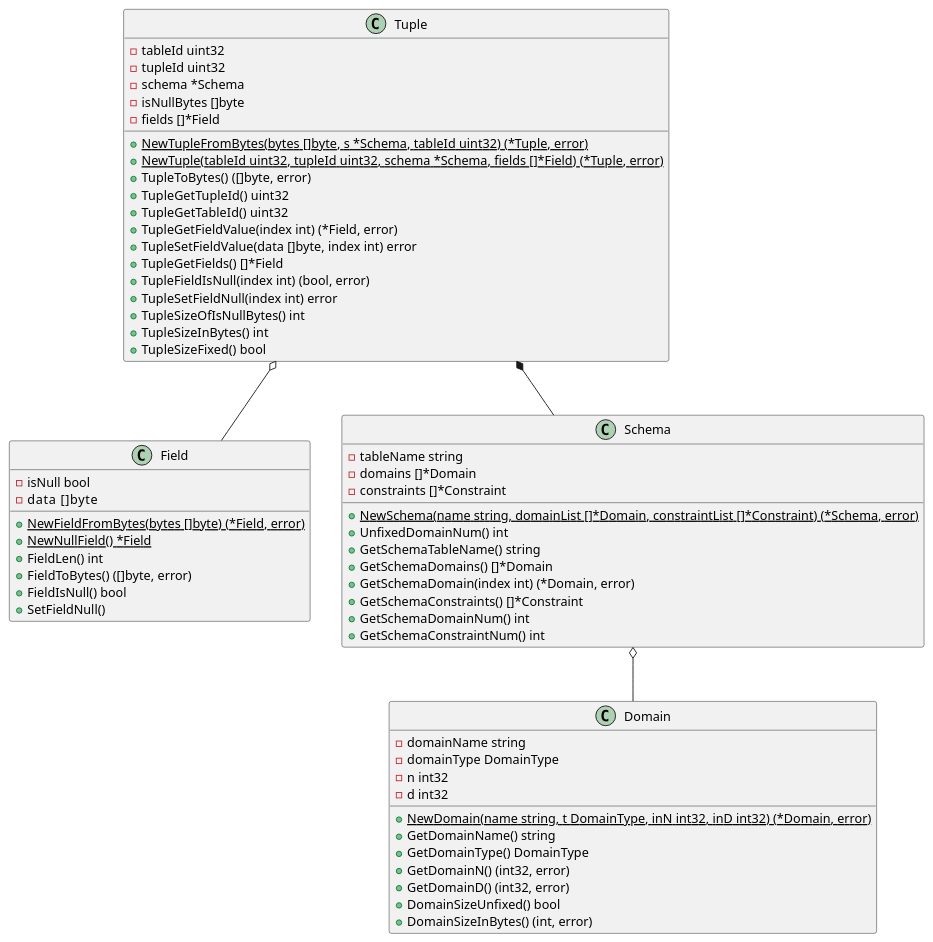
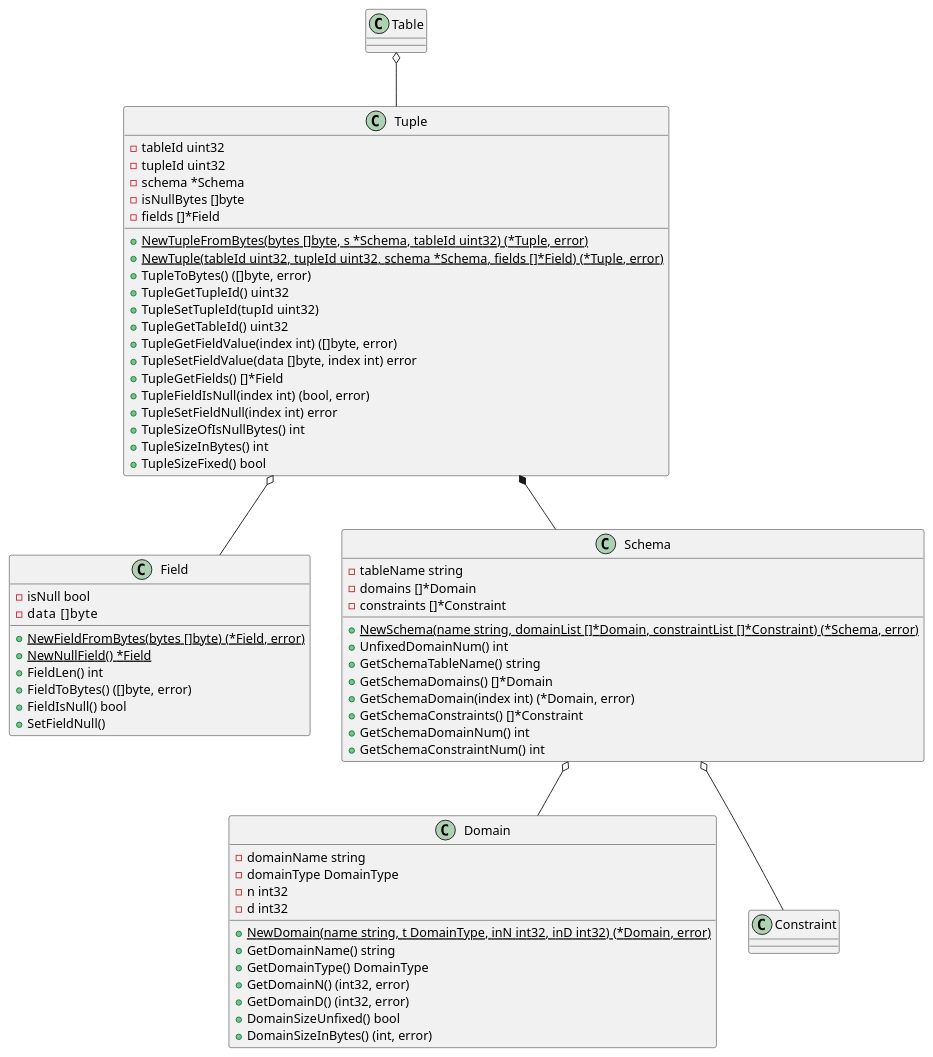
Before and after one commit to JorryJoestar/ZetaDB: the diagram in UML/container.wsd, drawn with PlantUML. The commit also changed 1 other file, not shown here.

```diff
--- a/UML/container.wsd
+++ b/UML/container.wsd
@@ -1,71 +1,82 @@
 @startuml
 
 class Field{
     -isNull bool
 	-data   []byte
     
     +{static} NewFieldFromBytes(bytes []byte) (*Field, error)
     +{static} NewNullField() *Field
     +FieldLen() int
     +FieldToBytes() ([]byte, error)
     +FieldIsNull() bool
     +SetFieldNull()
 }
 
 class Domain{
     -domainName string
 	-domainType DomainType
 	-n int32
 	-d int32
 
     +{static} NewDomain(name string, t DomainType, inN int32, inD int32) (*Domain, error)
     +GetDomainName() string
     +GetDomainType() DomainType
     +GetDomainN() (int32, error)
     +GetDomainD() (int32, error)
     +DomainSizeUnfixed() bool
     +DomainSizeInBytes() (int, error)
 }
 
 class Schema{
     -tableName string
 	-domains []*Domain
 	-constraints []*Constraint
 
     +{static} NewSchema(name string, domainList []*Domain, constraintList []*Constraint) (*Schema, error)
     +UnfixedDomainNum() int
     +GetSchemaTableName() string
     +GetSchemaDomains() []*Domain
     +GetSchemaDomain(index int) (*Domain, error)
     +GetSchemaConstraints() []*Constraint
     +GetSchemaDomainNum() int
     +GetSchemaConstraintNum() int
 }
 
 class Tuple{
     -tableId uint32
 	-tupleId uint32
 	-schema *Schema
     -isNullBytes []byte
 	-fields []*Field
 
     +{static} NewTupleFromBytes(bytes []byte, s *Schema, tableId uint32) (*Tuple, error)
     +{static} NewTuple(tableId uint32, tupleId uint32, schema *Schema, fields []*Field) (*Tuple, error)
     +TupleToBytes() ([]byte, error)
     +TupleGetTupleId() uint32
+    +TupleSetTupleId(tupId uint32)
     +TupleGetTableId() uint32
-    +TupleGetFieldValue(index int) (*Field, error)
+    +TupleGetFieldValue(index int) ([]byte, error)
     +TupleSetFieldValue(data []byte, index int) error
     +TupleGetFields() []*Field
     +TupleFieldIsNull(index int) (bool, error)
     +TupleSetFieldNull(index int) error
     +TupleSizeOfIsNullBytes() int
     +TupleSizeInBytes() int
     +TupleSizeFixed() bool
 }
 
+class Table{
+    
+}
+
+class Constraint{
+
+}
+
 Schema o-- Domain
 Tuple o-- Field
 Tuple *-- Schema
+Table o-- Tuple
+Schema o-- Constraint
 
 @enduml
```
